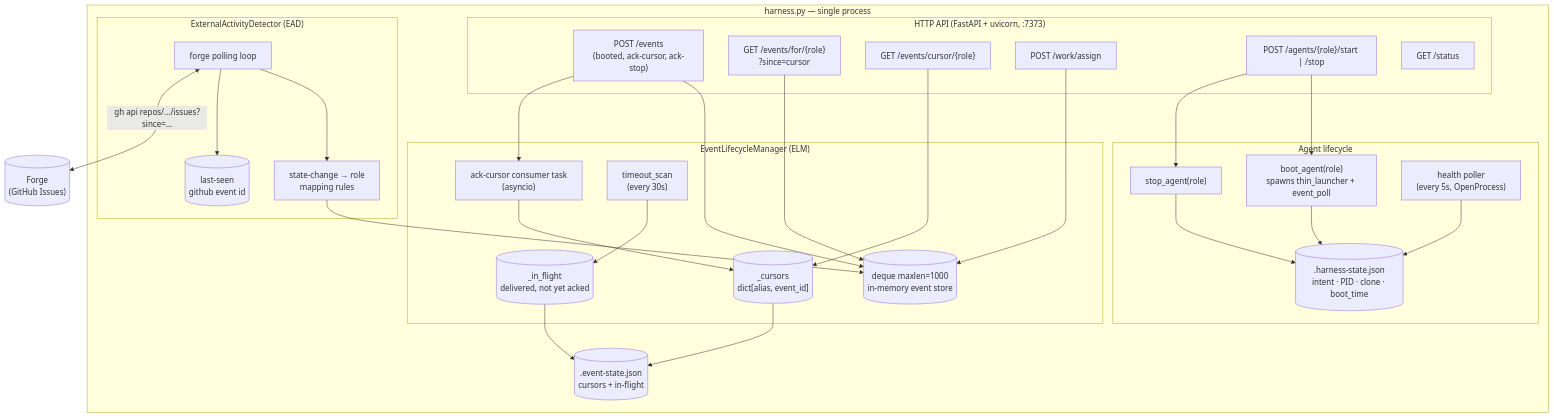
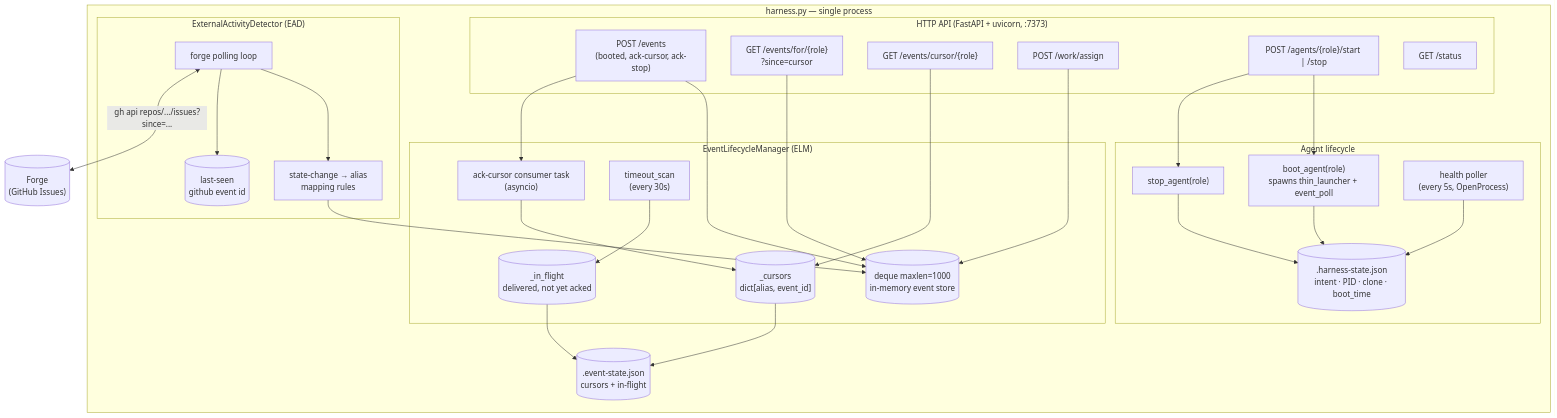
The fifth of 16 diagrams in docs/AGENT-RUNTIME.md (WallyDoodlez/SquidSquad), drawn with Mermaid before and after one commit. The commit also changed other lines of this file and 6 other files, not shown here.

````diff
--- a/docs/AGENT-RUNTIME.md
+++ b/docs/AGENT-RUNTIME.md
@@ -279,60 +279,60 @@
 ```mermaid
 flowchart TB
     subgraph harness_proc["harness.py — single process"]
         subgraph http["HTTP API (FastAPI + uvicorn, :7373)"]
             EmitEP["POST /events<br/>(booted, ack-cursor, ack-stop)"]
             ReadEP["GET /events/for/{role}<br/>?since=cursor"]
             CursorEP["GET /events/cursor/{role}"]
             AssignEP["POST /work/assign"]
             LifeEP["POST /agents/{role}/start | /stop"]
             StatusEP["GET /status"]
         end
 
         subgraph elm["EventLifecycleManager (ELM)"]
             Deque[("deque maxlen=1000<br/>in-memory event store")]
             Cursors[("_cursors<br/>dict[alias, event_id]")]
             InFlight[("_in_flight<br/>delivered, not yet acked")]
             AckConsumer["ack-cursor consumer task<br/>(asyncio)"]
             Timeout["timeout_scan<br/>(every 30s)"]
         end
 
         subgraph ead_sub["ExternalActivityDetector (EAD)"]
             EAPoll["forge polling loop"]
-            EAMap["state-change → role<br/>mapping rules"]
+            EAMap["state-change → alias<br/>mapping rules"]
             EALast[("last-seen<br/>github event id")]
         end
 
         subgraph lifecycle["Agent lifecycle"]
             BootAgent["boot_agent(role)<br/>spawns thin_launcher + event_poll"]
             StopAgent["stop_agent(role)"]
             HealthPoll["health poller<br/>(every 5s, OpenProcess)"]
             LifeState[(".harness-state.json<br/>intent · PID · clone · boot_time")]
         end
 
         EventStateFile[(".event-state.json<br/>cursors + in-flight")]
     end
 
     EmitEP --> Deque
     EmitEP --> AckConsumer
     ReadEP --> Deque
     CursorEP --> Cursors
     AssignEP --> Deque
 
     AckConsumer --> Cursors
     Cursors --> EventStateFile
     InFlight --> EventStateFile
     Timeout --> InFlight
 
     LifeEP --> BootAgent
     LifeEP --> StopAgent
     BootAgent --> LifeState
     StopAgent --> LifeState
     HealthPoll --> LifeState
 
     EAPoll --> EAMap
     EAMap --> Deque
     EAPoll --> EALast
 
     Forge[("Forge<br/>(GitHub Issues)")]
     EAPoll <-- "gh api repos/.../issues?since=..." --> Forge
 ```
````
